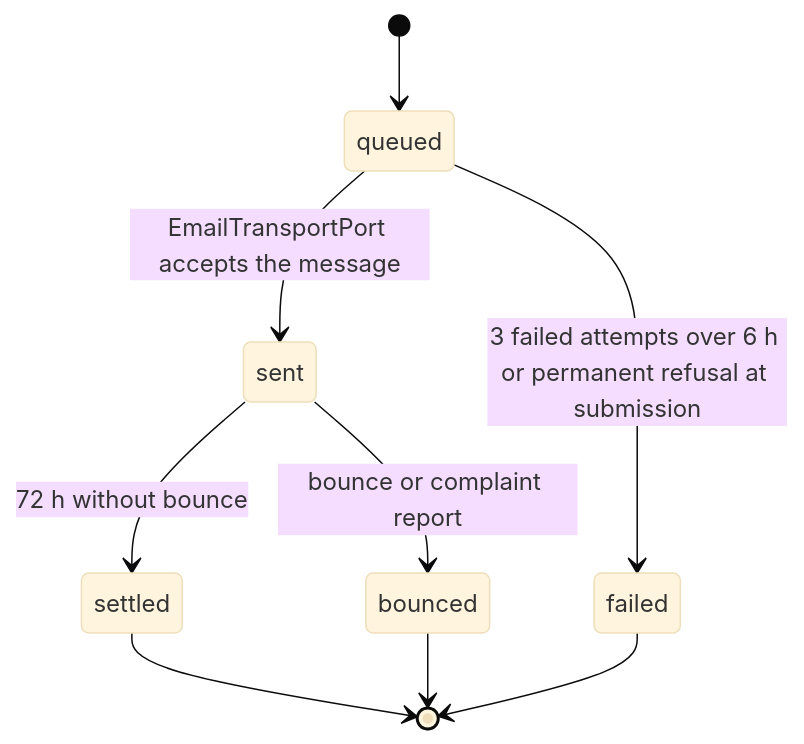
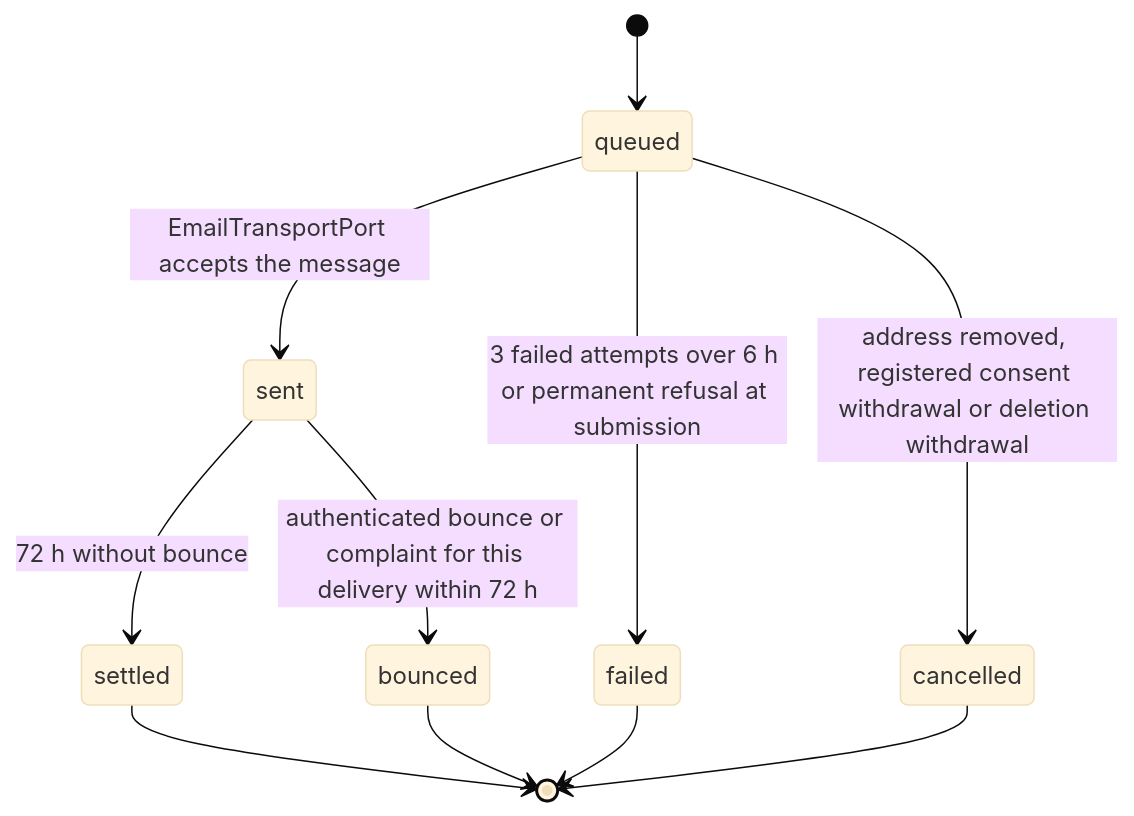
One commit to djshellshoxxx/CLASSifiedisRUPTed changed the third of 3 diagrams in 13_Notifications/01_delivery/mod_email/workflow_state_machine.md. Above: the diagram before and after it, drawn with Mermaid (base theme). The commit also changed other lines of this file and 98 other files, not shown here.

````diff
--- a/13_Notifications/01_delivery/mod_email/workflow_state_machine.md
+++ b/13_Notifications/01_delivery/mod_email/workflow_state_machine.md
@@ -51,11 +83,13 @@
 ```mermaid
 stateDiagram-v2
   [*] --> queued
   queued --> sent: EmailTransportPort accepts the message
   queued --> failed: 3 failed attempts over 6 h or permanent refusal at submission
-  sent --> bounced: bounce or complaint report
+  queued --> cancelled: address removed, registered consent withdrawal or deletion withdrawal
+  sent --> bounced: authenticated bounce or complaint for this delivery within 72 h
   sent --> settled: 72 h without bounce
   settled --> [*]
   bounced --> [*]
   failed --> [*]
+  cancelled --> [*]
 ```
````
